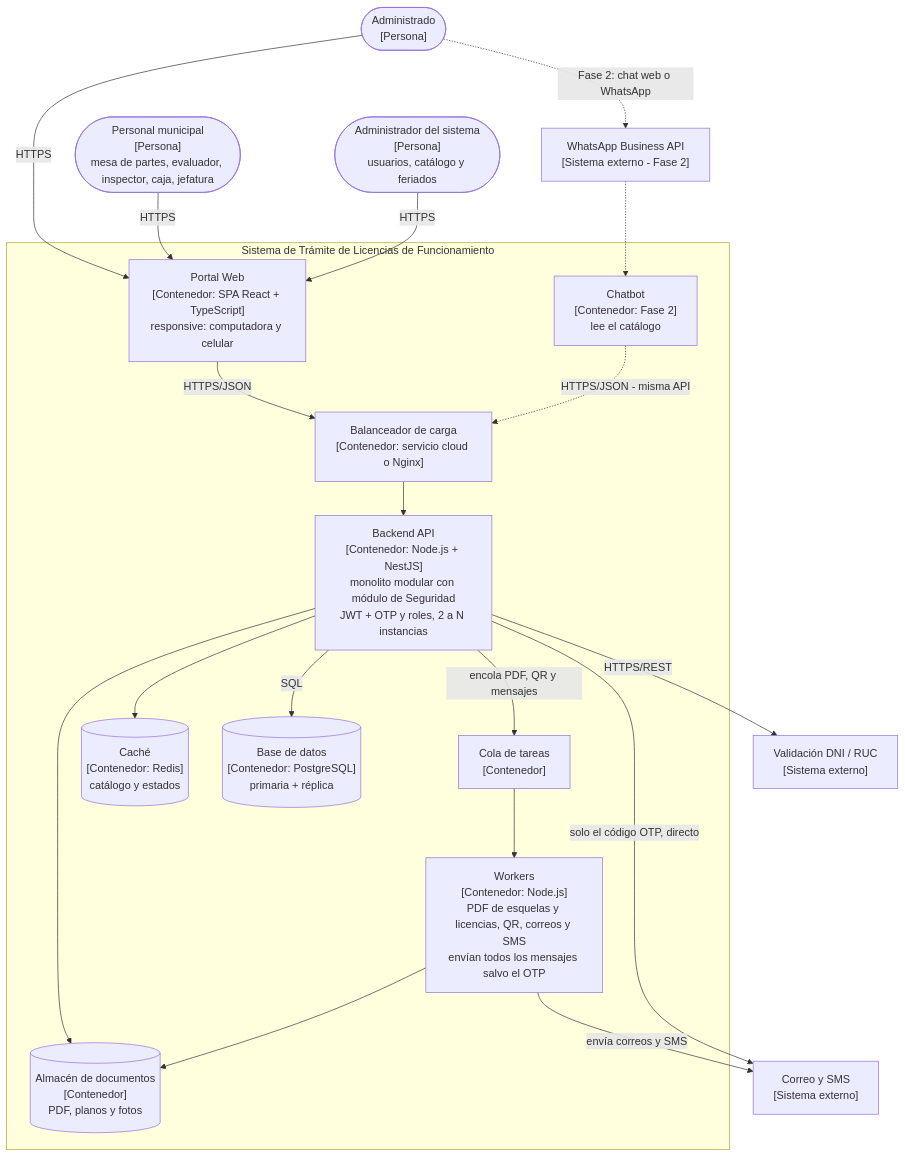
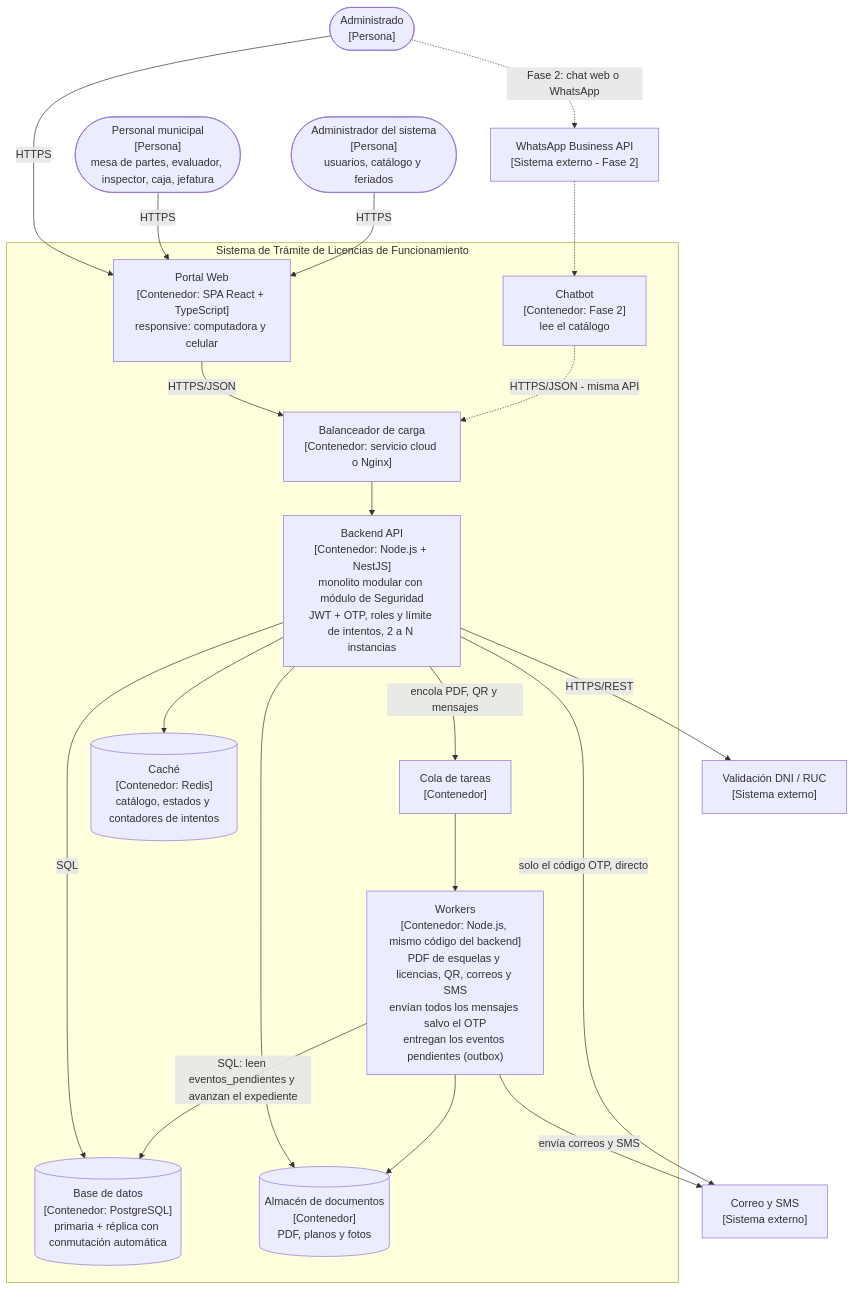
The diagram in docs/04-modelo-c4/Nivel2-DiagramadeContenedores.md (yeymyloson18/Licencias-Huanta-arquitSoft-JEIMY), drawn with Mermaid before and after one commit. The commit also changed other lines of this file and 19 other files, not shown here.

Commit message:
docs: corregir defectos de seguridad, pagos, outbox, disponibilidad y caché

````diff
--- a/docs/04-modelo-c4/Nivel2-DiagramadeContenedores.md
+++ b/docs/04-modelo-c4/Nivel2-DiagramadeContenedores.md
@@ -6,43 +6,44 @@
 ```mermaid
 flowchart TB
     Adm(["Administrado<br/>[Persona]"])
     Per(["Personal municipal<br/>[Persona]<br/>mesa de partes, evaluador, inspector, caja, jefatura"])
     AdmS(["Administrador del sistema<br/>[Persona]<br/>usuarios, catálogo y feriados"])
 
     subgraph SIS["Sistema de Trámite de Licencias de Funcionamiento"]
         Portal["Portal Web<br/>[Contenedor: SPA React + TypeScript]<br/>responsive: computadora y celular"]
         Chat["Chatbot<br/>[Contenedor: Fase 2]<br/>lee el catálogo"]
         LB["Balanceador de carga<br/>[Contenedor: servicio cloud o Nginx]"]
-        API["Backend API<br/>[Contenedor: Node.js + NestJS]<br/>monolito modular con módulo de Seguridad<br/>JWT + OTP y roles, 2 a N instancias"]
-        Workers["Workers<br/>[Contenedor: Node.js]<br/>PDF de esquelas y licencias, QR, correos y SMS<br/>envían todos los mensajes salvo el OTP"]
+        API["Backend API<br/>[Contenedor: Node.js + NestJS]<br/>monolito modular con módulo de Seguridad<br/>JWT + OTP, roles y límite de intentos, 2 a N instancias"]
+        Workers["Workers<br/>[Contenedor: Node.js, mismo código del backend]<br/>PDF de esquelas y licencias, QR, correos y SMS<br/>envían todos los mensajes salvo el OTP<br/>entregan los eventos pendientes (outbox)"]
         Cola["Cola de tareas<br/>[Contenedor]"]
-        Redis[("Caché<br/>[Contenedor: Redis]<br/>catálogo y estados")]
-        BD[("Base de datos<br/>[Contenedor: PostgreSQL]<br/>primaria + réplica")]
+        Redis[("Caché<br/>[Contenedor: Redis]<br/>catálogo, estados y contadores de intentos")]
+        BD[("Base de datos<br/>[Contenedor: PostgreSQL]<br/>primaria + réplica con conmutación automática")]
         Obj[("Almacén de documentos<br/>[Contenedor]<br/>PDF, planos y fotos")]
     end
 
     Ident["Validación DNI / RUC<br/>[Sistema externo]"]
     Msg["Correo y SMS<br/>[Sistema externo]"]
     WA["WhatsApp Business API<br/>[Sistema externo - Fase 2]"]
 
     Adm -->|"HTTPS"| Portal
     Per -->|"HTTPS"| Portal
     AdmS -->|"HTTPS"| Portal
     Adm -.->|"Fase 2: chat web o WhatsApp"| WA
     WA -.-> Chat
 
     Portal -->|"HTTPS/JSON"| LB
     Chat -.->|"HTTPS/JSON - misma API"| LB
     LB --> API
 
     API -->|"SQL"| BD
     API --> Redis
     API --> Obj
     API -->|"encola PDF, QR y mensajes"| Cola
     Cola --> Workers
     Workers --> Obj
+    Workers -->|"SQL: leen eventos_pendientes y avanzan el expediente"| BD
     Workers -->|"envía correos y SMS"| Msg
 
     API -->|"HTTPS/REST"| Ident
     API -->|"solo el código OTP, directo"| Msg
 ```
````
